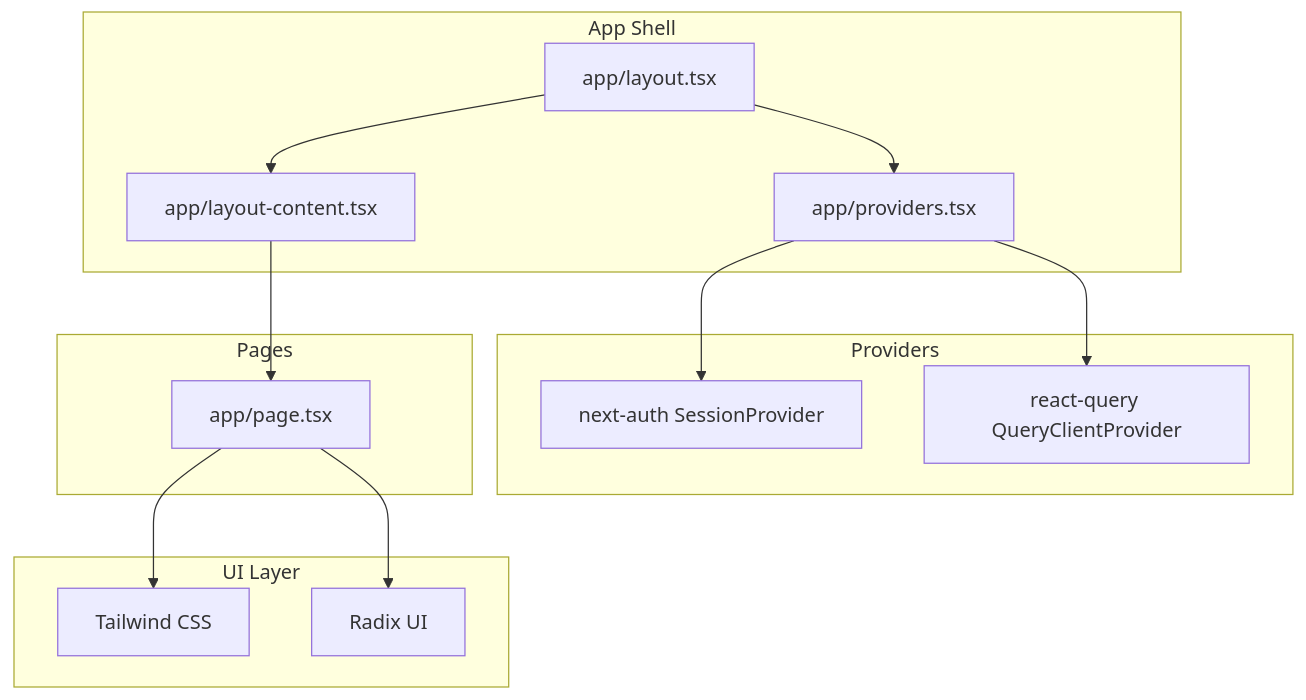
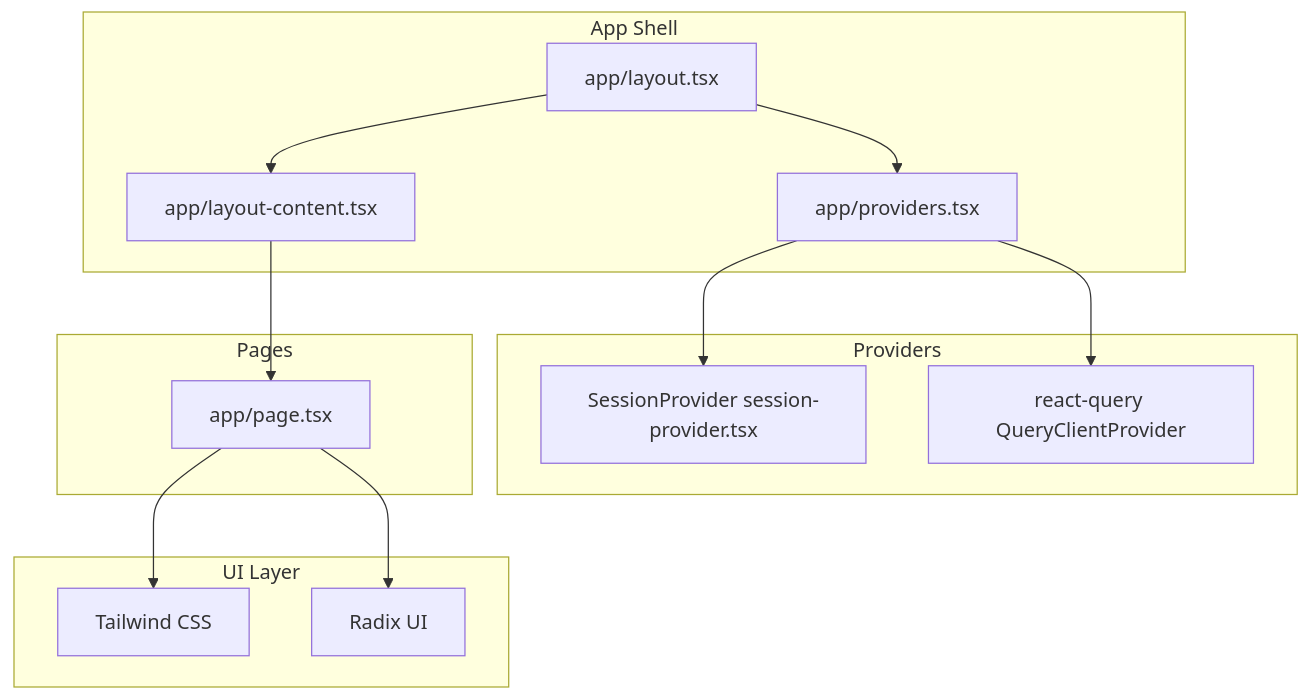
The second of 10 diagrams in src/data/docs/talentsync/Architecture Overview/Frontend Architecture.md (tashifkhan/tashif.codes), drawn with Mermaid before and after one commit. The commit also changed other lines of this file and 2128 other files, not shown here.

First line of the commit message:
docs: replace raster diagram images with native Mermaid across project guides

````diff
--- a/src/data/docs/talentsync/Architecture Overview/Frontend Architecture.md
+++ b/src/data/docs/talentsync/Architecture Overview/Frontend Architecture.md
@@ -36,26 +35,26 @@
 ```mermaid
 graph TB
 subgraph "App Shell"
 L["app/layout.tsx"]
 LC["app/layout-content.tsx"]
 P["app/providers.tsx"]
 end
 subgraph "Providers"
-S["next-auth SessionProvider"]
+S["SessionProvider session-provider.tsx"]
 Q["react-query QueryClientProvider"]
 end
 subgraph "Pages"
 HP["app/page.tsx"]
 end
 subgraph "UI Layer"
 T["Tailwind CSS"]
 R["Radix UI"]
 end
 L --> P
 L --> LC
 P --> S
 P --> Q
 LC --> HP
 HP --> T
 HP --> R
 ```
````
